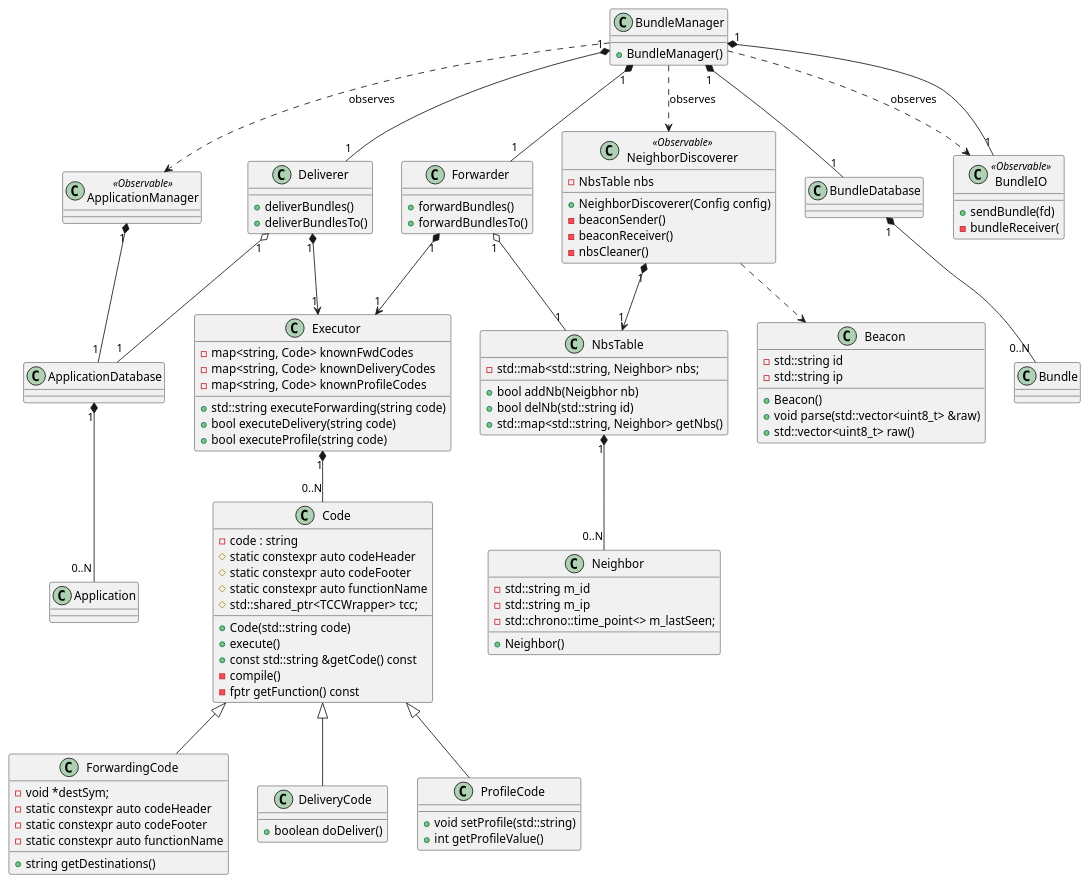
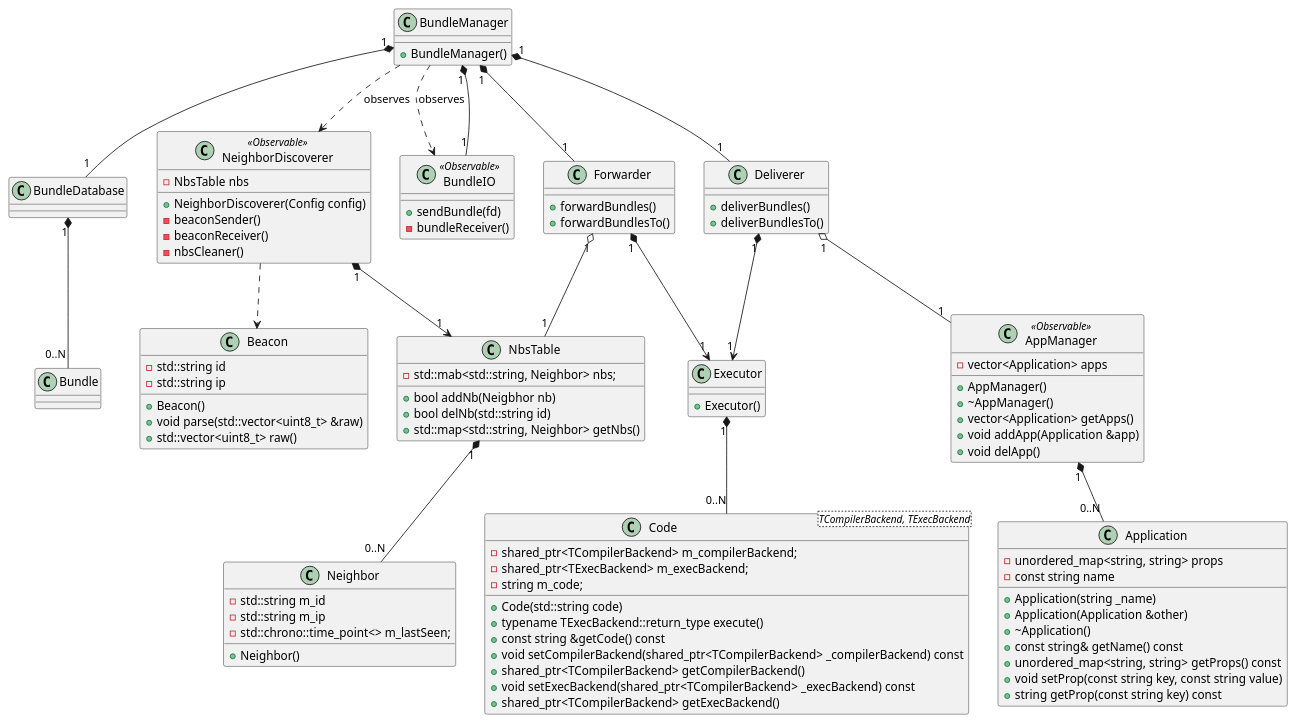
The diagram in aDTN-lite.pu (GerardGarcia/aDTN-lite), drawn with PlantUML before and after one commit. The commit also changed 19 other files, not shown here.

Commit message:
Initial AppMAnager and eBPF execution with Clang/LLVM backend

```diff
--- a/aDTN-lite.pu
+++ b/aDTN-lite.pu
@@ -1,175 +1,157 @@
 @startuml
 
 ''' Simple observer patter '''
 
 'class Observable {
 '    - std::map<Event, std::vector<std::function<void()>>>
 '    + registerObserver();
 '    + notify()
 '}
 
 ''' End Simple observer pattern '''
 
+'''' AppManager ''''
 
-
-'''' ApplicationManager ''''
-
-class ApplicationManager <<Observable>> {
-
+class AppManager <<Observable>> {
+    + AppManager()
+    + ~AppManager()
+    + vector<Application> getApps()
+    + void addApp(Application &app)
+    + void delApp()
+    - vector<Application> apps
 }
 
-ApplicationManager "1" *-- "1" ApplicationDatabase
-
-class ApplicationDatabase {
-
+class Application {
+    + Application(string _name)
+    + Application(Application &other)
+    + ~Application()
+    + const string& getName() const
+    + unordered_map<string, string> getProps() const
+    + void setProp(const string key, const string value)
+    + string getProp(const string key) const
+    - unordered_map<string, string> props
+    - const string name
 }
 
-ApplicationDatabase "1" *-- "0..N" Application
+AppManager "1" *-- "0..N" Application
 
 '''' End applicationManager ''''
-
 
 
 '''' Executor ''''
 
 class Executor {
-    - map<string, Code> knownFwdCodes
-    - map<string, Code> knownDeliveryCodes
-    - map<string, Code> knownProfileCodes
-    + std::string executeForwarding(string code)
-    + bool executeDelivery(string code)
-    + bool executeProfile(string code)
+    + Executor()
 }
 
-class Code {
+class Code<TCompilerBackend, TExecBackend> {
     + Code(std::string code)
-    + execute()
-    + const std::string &getCode() const
-    - compile()
-    - fptr getFunction() const
-    - code : string
-    # static constexpr auto codeHeader
-    # static constexpr auto codeFooter
-    # static constexpr auto functionName
-    # std::shared_ptr<TCCWrapper> tcc;
-}
-
-class ForwardingCode {
-    + string getDestinations()
-    - void *destSym;
-    - static constexpr auto codeHeader
-    - static constexpr auto codeFooter
-    - static constexpr auto functionName
-}
-
-class DeliveryCode {
-    + boolean doDeliver()
-}
-
-class ProfileCode {
-    + void setProfile(std::string)
-    + int getProfileValue()
+    + typename TExecBackend::return_type execute()
+    + const string &getCode() const
+    + void setCompilerBackend(shared_ptr<TCompilerBackend> _compilerBackend) const
+    + shared_ptr<TCompilerBackend> getCompilerBackend()
+    + void setExecBackend(shared_ptr<TCompilerBackend> _execBackend) const
+    + shared_ptr<TCompilerBackend> getExecBackend()
+    - shared_ptr<TCompilerBackend> m_compilerBackend;
+    - shared_ptr<TExecBackend> m_execBackend;
+    - string m_code;
 }
 
 Executor "1" *-- "0..N" Code
-
-Code <|-- ForwardingCode
-Code <|-- DeliveryCode
-Code <|-- ProfileCode
 
 ''''' End executor ''''
 
 
 ''''' NeighborDiscoverer  ''''
 class Neighbor {
     + Neighbor()
     - std::string m_id
     - std::string m_ip
     - std::chrono::time_point<> m_lastSeen;
 }
 
 class NbsTable {
     - std::mab<std::string, Neighbor> nbs;
     + bool addNb(Neigbhor nb)
     + bool delNb(std::string id)
     + std::map<std::string, Neighbor> getNbs()
 }
 
 NbsTable "1" *-- "0..N" Neighbor
 
 class NeighborDiscoverer <<Observable>> {
     + NeighborDiscoverer(Config config)
     - NbsTable nbs
     - beaconSender()
     - beaconReceiver()
     - nbsCleaner()
 }
 
 NeighborDiscoverer "1" *--> "1" NbsTable
 ' NeighborDiscoverer ..> Neighbor
 
 class Beacon {
     + Beacon()
     - std::string id
     - std::string ip
     + void parse(std::vector<uint8_t> &raw)
     + std::vector<uint8_t> raw()
 }
 
 ' NeighborDiscoverer ..> Executor
 NeighborDiscoverer ..> Beacon
 
 ''''' End NeighborDiscoverer ''''
 
 
 
 '''' BundleManager ''''
 
 class BundleDatabase {
 }
 
 BundleDatabase "1" *-- "0..N" Bundle
 
 class BundleIO <<Observable>> {
     + sendBundle(fd)
-    - bundleReceiver(
+    - bundleReceiver()
 }
 
 ' BundleIO ..> Bundle
 ' BundleIO o-- BundleDatabase
 
 class Deliverer {
     + deliverBundles()
     + deliverBundlesTo()
 }
 
 ' Deliverer ..> Application
-Deliverer "1" o-- "1" ApplicationDatabase
+Deliverer "1" o-- "1" AppManager 
 Deliverer "1" *--> "1" Executor
 
 class Forwarder {
     + forwardBundles()
     + forwardBundlesTo()
 }
 
 ' Forwarder ..> Neighbor
 Forwarder "1" o-- "1" NbsTable
 Forwarder "1" *--> "1" Executor
 
 class BundleManager {
  + BundleManager()
 }
 
 BundleManager ..> NeighborDiscoverer : observes
-BundleManager ..> ApplicationManager : observes
+' BundleManager ..> AppManager : observes
 BundleManager ..> BundleIO : observes
 
 BundleManager "1" *-- "1" BundleIO
 BundleManager "1" *-- "1" BundleDatabase
 
 BundleManager "1" *-- "1" Deliverer
 BundleManager "1" *-- "1" Forwarder
 
 '''' End BundleManager ''''
 
 @enduml
```
